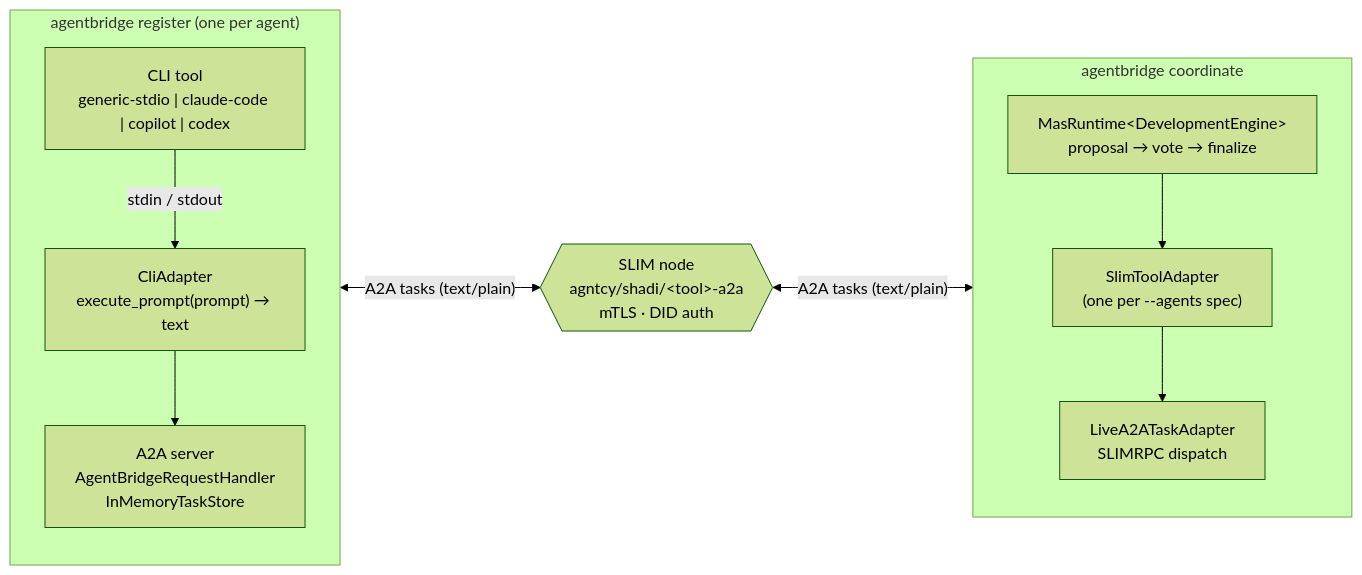
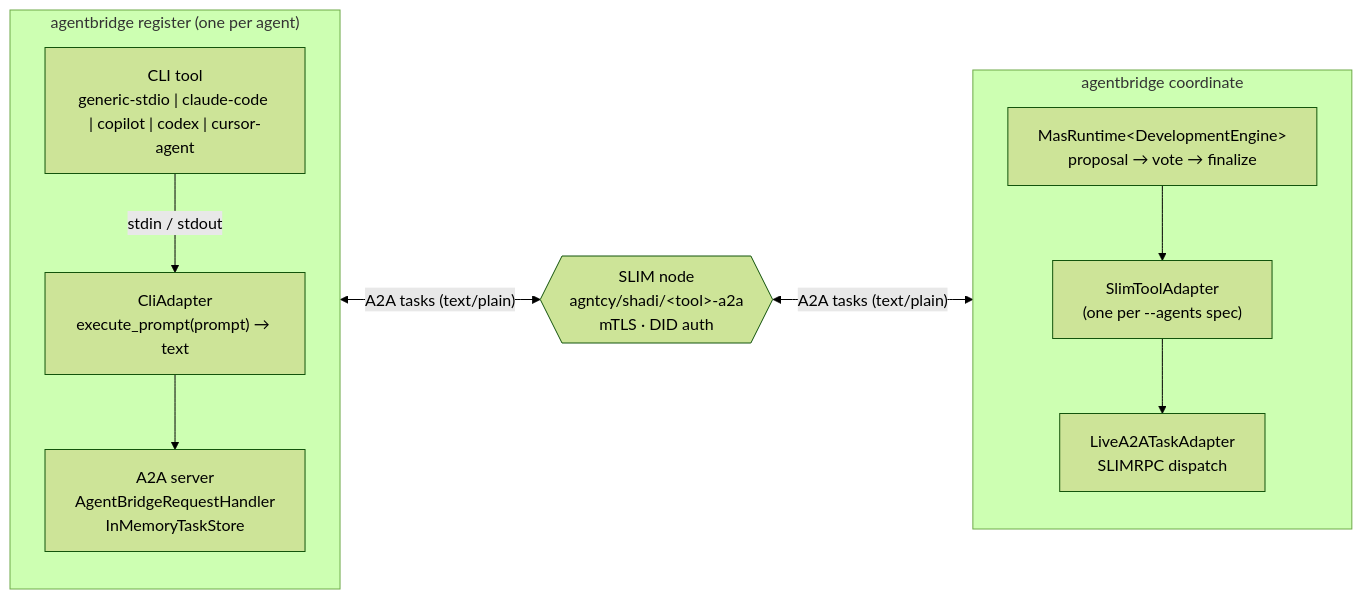
One commit to agntcy/shadi changed the first of 3 diagrams in docs/content/agentbridge.md. Above: the diagram before and after it, drawn with Mermaid (forest theme). The commit also changed other lines of this file and 32 other files, not shown here.

````diff
--- a/docs/content/agentbridge.md
+++ b/docs/content/agentbridge.md
@@ -64,23 +64,23 @@
 ```mermaid
 flowchart LR
   subgraph reg["agentbridge register  (one per agent)"]
     direction TB
-    tool["CLI tool\ngeneric-stdio | claude-code | copilot | codex"]
+    tool["CLI tool\ngeneric-stdio | claude-code | copilot | codex | cursor-agent"]
     ca["CliAdapter\nexecute_prompt(prompt) → text"]
     srv["A2A server\nAgentBridgeRequestHandler\nInMemoryTaskStore"]
     tool -- "stdin / stdout" --> ca --> srv
   end
 
   slim{{"SLIM node\nagntcy/shadi/&lt;tool&gt;-a2a\nmTLS · DID auth"}}
 
   subgraph coord["agentbridge coordinate"]
     direction TB
     mas["MasRuntime&lt;DevelopmentEngine&gt;\nproposal → vote → finalize"]
     sta["SlimToolAdapter\n(one per --agents spec)"]
     laa["LiveA2ATaskAdapter\nSLIMRPC dispatch"]
     mas --> sta --> laa
   end
 
   srv <-- "A2A tasks  (text/plain)" --> slim
   slim <-- "A2A tasks  (text/plain)" --> laa
 ```
````
